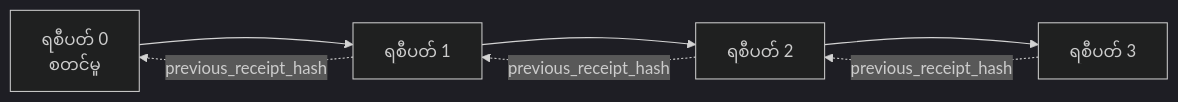
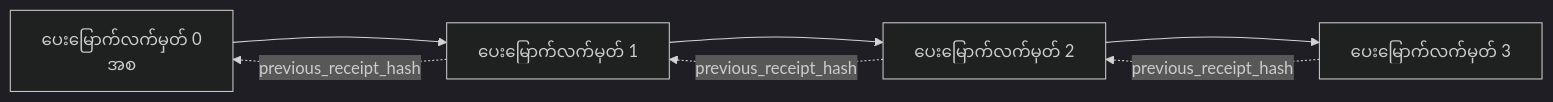
The second of 2 diagrams in mirrors/repos/microsoft@ai-agents-for-beginners/translations/my/18-securing-ai-agents/README.md (gabrielmoreira/agent-skills-mirror), drawn with Mermaid (dark theme) before and after one commit. The commit also changed other lines of this file and 4482 other files, not shown here.

````diff
--- a/mirrors/repos/microsoft@ai-agents-for-beginners/translations/my/18-securing-ai-agents/README.md
+++ b/mirrors/repos/microsoft@ai-agents-for-beginners/translations/my/18-securing-ai-agents/README.md
@@ -206,9 +206,9 @@
 ```mermaid
 flowchart LR
-    R0[ရစီပတ် 0<br/>စတင်မှု] --> R1[ရစီပတ် 1]
-    R1 --> R2[ရစီပတ် 2]
-    R2 --> R3[ရစီပတ် 3]
+    R0[ပေးမြောက်လက်မှတ် 0<br/>အစ] --> R1[ပေးမြောက်လက်မှတ် 1]
+    R1 --> R2[ပေးမြောက်လက်မှတ် 2]
+    R2 --> R3[ပေးမြောက်လက်မှတ် 3]
     R1 -. previous_receipt_hash .-> R0
     R2 -. previous_receipt_hash .-> R1
     R3 -. previous_receipt_hash .-> R2
 ```
````
